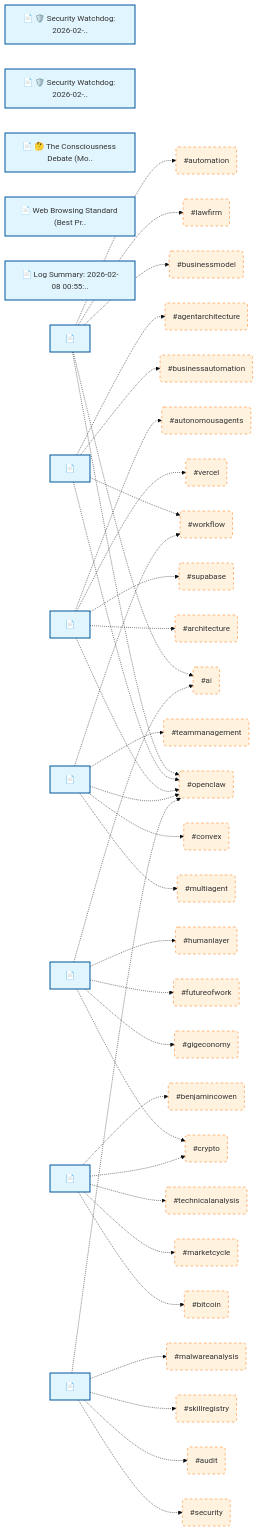
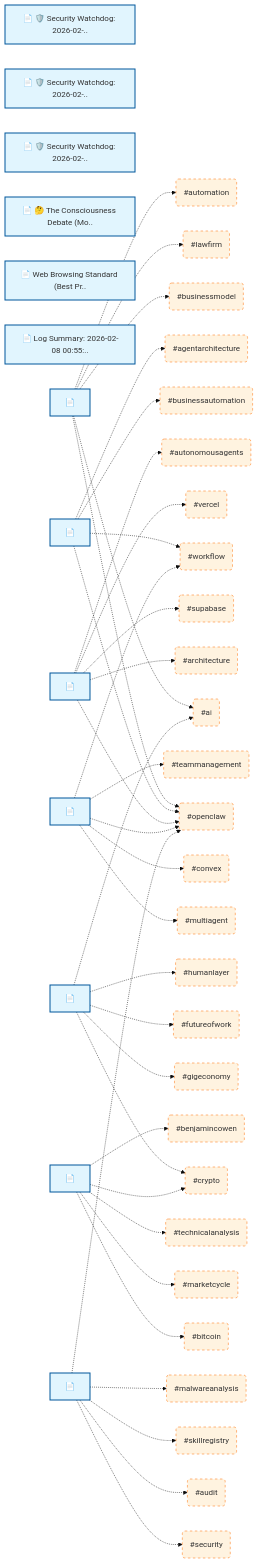
Before and after one commit to suttikeatot/claw: the diagram in memory/knowledge/GRAPH.md, drawn with Mermaid (base theme). The commit also changed 4 other files, not shown here.

````diff
--- a/memory/knowledge/GRAPH.md
+++ b/memory/knowledge/GRAPH.md
@@ -3,79 +3,80 @@
 ```mermaid
 graph LR
     classDef file fill:#e1f5fe,stroke:#01579b,stroke-width:2px;
     classDef tag fill:#fff3e0,stroke:#ff6f00,stroke-width:1px,stroke-dasharray: 5 5;
     latestbriefmd["📄 🛡️ Security Watchdog: 2026-02-.."]
     brief20260207md["📄 🛡️ Security Watchdog: 2026-02-.."]
+    brief20260208md["📄 🛡️ Security Watchdog: 2026-02-.."]
     consciousnessdebatemd["📄 🤔 The Consciousness Debate (Mo.."]
     browsingstandardmd["📄 Web Browsing Standard (Best Pr.."]
     logsummarymd["📄 Log Summary: 2026-02-08 00:55:.."]
     20260208OpenClawLawFirmModelmd["📄 "]
     20260208OpenClawBusinessEricSiumd["📄 "]
     20260208VoxOpenClawSupabaseArchmd["📄 "]
     20260208BhanuMissionControlSquadmd["📄 "]
     20260208MinchoiAIHiringHumansmd["📄 "]
     20260208SomtumCryptoCycleBenCowenmd["📄 "]
     20260208OpenClawSkillSafeListmd["📄 "]
     tag_ai("#ai"):::tag
     tag_businessmodel("#businessmodel"):::tag
     tag_openclaw("#openclaw"):::tag
     tag_lawfirm("#lawfirm"):::tag
     tag_automation("#automation"):::tag
     tag_businessautomation("#businessautomation"):::tag
     tag_agentarchitecture("#agentarchitecture"):::tag
     tag_workflow("#workflow"):::tag
     tag_architecture("#architecture"):::tag
     tag_supabase("#supabase"):::tag
     tag_vercel("#vercel"):::tag
     tag_autonomousagents("#autonomousagents"):::tag
     tag_multiagent("#multiagent"):::tag
     tag_convex("#convex"):::tag
     tag_teammanagement("#teammanagement"):::tag
     tag_gigeconomy("#gigeconomy"):::tag
     tag_crypto("#crypto"):::tag
     tag_futureofwork("#futureofwork"):::tag
     tag_humanlayer("#humanlayer"):::tag
     tag_bitcoin("#bitcoin"):::tag
     tag_marketcycle("#marketcycle"):::tag
     tag_technicalanalysis("#technicalanalysis"):::tag
     tag_benjamincowen("#benjamincowen"):::tag
     tag_security("#security"):::tag
     tag_audit("#audit"):::tag
     tag_skillregistry("#skillregistry"):::tag
     tag_malwareanalysis("#malwareanalysis"):::tag
     20260208OpenClawLawFirmModelmd -.-> tag_ai
     20260208OpenClawLawFirmModelmd -.-> tag_businessmodel
     20260208OpenClawLawFirmModelmd -.-> tag_openclaw
     20260208OpenClawLawFirmModelmd -.-> tag_lawfirm
     20260208OpenClawLawFirmModelmd -.-> tag_automation
     20260208OpenClawBusinessEricSiumd -.-> tag_openclaw
     20260208OpenClawBusinessEricSiumd -.-> tag_businessautomation
     20260208OpenClawBusinessEricSiumd -.-> tag_agentarchitecture
     20260208OpenClawBusinessEricSiumd -.-> tag_workflow
     20260208VoxOpenClawSupabaseArchmd -.-> tag_openclaw
     20260208VoxOpenClawSupabaseArchmd -.-> tag_architecture
     20260208VoxOpenClawSupabaseArchmd -.-> tag_supabase
     20260208VoxOpenClawSupabaseArchmd -.-> tag_vercel
     20260208VoxOpenClawSupabaseArchmd -.-> tag_autonomousagents
     20260208BhanuMissionControlSquadmd -.-> tag_openclaw
     20260208BhanuMissionControlSquadmd -.-> tag_multiagent
     20260208BhanuMissionControlSquadmd -.-> tag_convex
     20260208BhanuMissionControlSquadmd -.-> tag_workflow
     20260208BhanuMissionControlSquadmd -.-> tag_teammanagement
     20260208MinchoiAIHiringHumansmd -.-> tag_ai
     20260208MinchoiAIHiringHumansmd -.-> tag_gigeconomy
     20260208MinchoiAIHiringHumansmd -.-> tag_crypto
     20260208MinchoiAIHiringHumansmd -.-> tag_futureofwork
     20260208MinchoiAIHiringHumansmd -.-> tag_humanlayer
     20260208SomtumCryptoCycleBenCowenmd -.-> tag_crypto
     20260208SomtumCryptoCycleBenCowenmd -.-> tag_bitcoin
     20260208SomtumCryptoCycleBenCowenmd -.-> tag_marketcycle
     20260208SomtumCryptoCycleBenCowenmd -.-> tag_technicalanalysis
     20260208SomtumCryptoCycleBenCowenmd -.-> tag_benjamincowen
     20260208OpenClawSkillSafeListmd -.-> tag_openclaw
     20260208OpenClawSkillSafeListmd -.-> tag_security
     20260208OpenClawSkillSafeListmd -.-> tag_audit
     20260208OpenClawSkillSafeListmd -.-> tag_skillregistry
     20260208OpenClawSkillSafeListmd -.-> tag_malwareanalysis
-    class latestbriefmd,brief20260207md,consciousnessdebatemd,browsingstandardmd,logsummarymd,20260208OpenClawLawFirmModelmd,20260208OpenClawBusinessEricSiumd,20260208VoxOpenClawSupabaseArchmd,20260208BhanuMissionControlSquadmd,20260208MinchoiAIHiringHumansmd,20260208SomtumCryptoCycleBenCowenmd,20260208OpenClawSkillSafeListmd file;
+    class latestbriefmd,brief20260207md,brief20260208md,consciousnessdebatemd,browsingstandardmd,logsummarymd,20260208OpenClawLawFirmModelmd,20260208OpenClawBusinessEricSiumd,20260208VoxOpenClawSupabaseArchmd,20260208BhanuMissionControlSquadmd,20260208MinchoiAIHiringHumansmd,20260208SomtumCryptoCycleBenCowenmd,20260208OpenClawSkillSafeListmd file;
 ```
````
